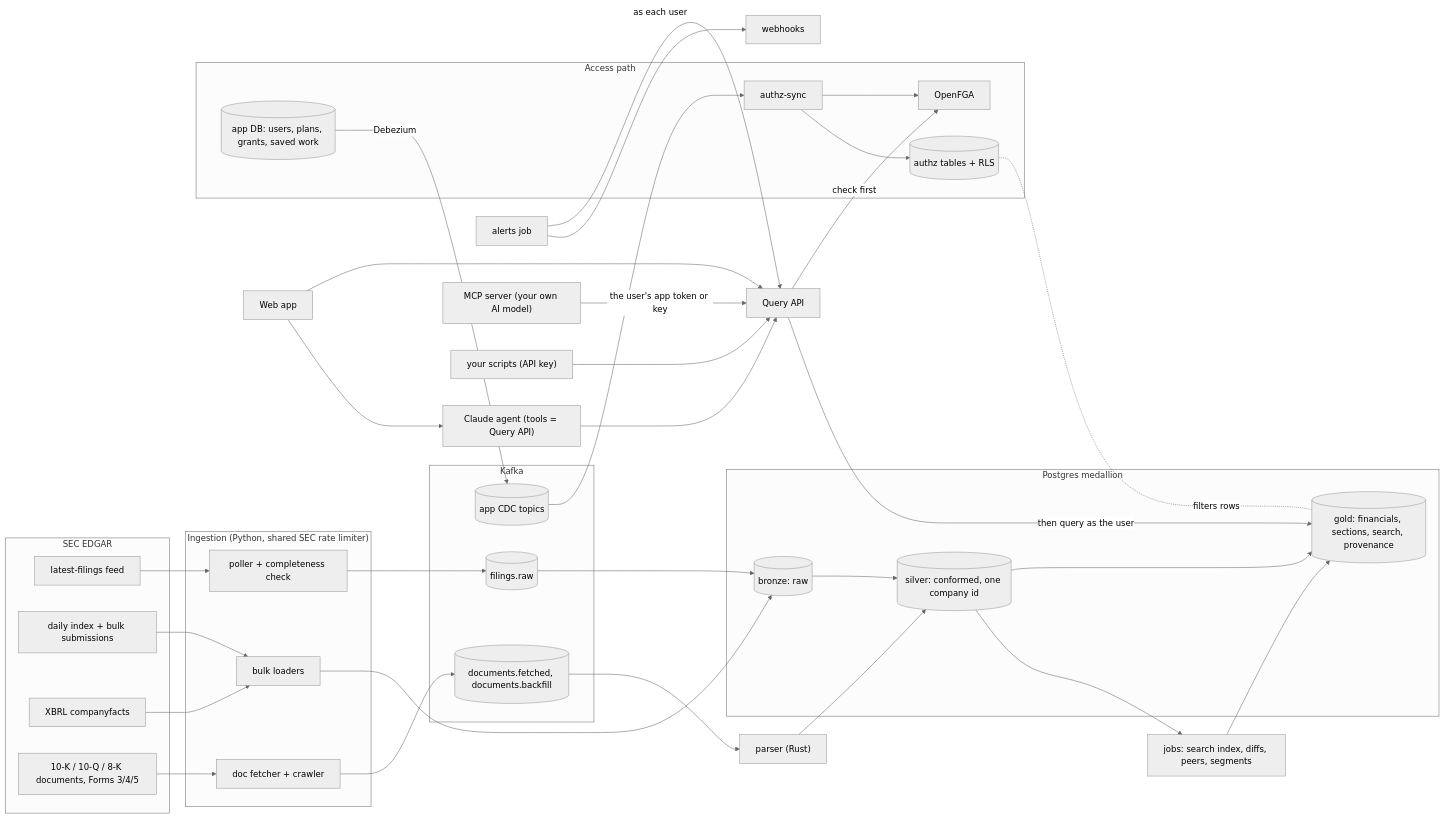
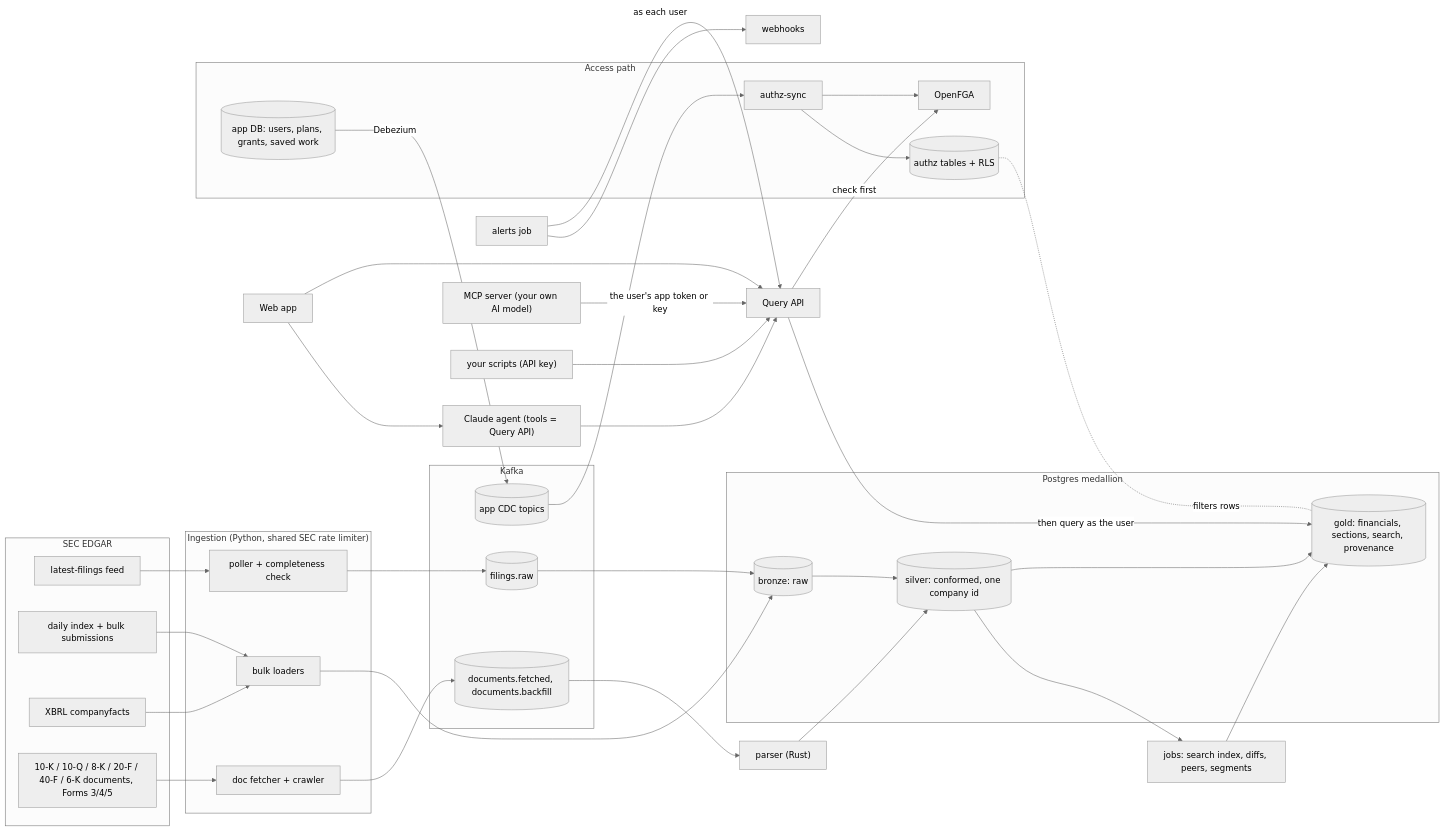
The diagram in README.md (LucasGroves0102/tributary), drawn with Mermaid (neutral theme) before and after one commit. The commit also changed other lines of this file and 34 other files, not shown here.

````diff
--- a/README.md
+++ b/README.md
@@ -124,57 +128,57 @@
 ```mermaid
 flowchart LR
   subgraph SEC["SEC EDGAR"]
     feed[latest-filings feed]
     idx[daily index + bulk submissions]
     xbrl[XBRL companyfacts]
-    docs[10-K / 10-Q / 8-K documents, Forms 3/4/5]
+    docs[10-K / 10-Q / 8-K / 20-F / 40-F / 6-K documents, Forms 3/4/5]
   end
   subgraph ingest["Ingestion (Python, shared SEC rate limiter)"]
     poller[poller + completeness check]
     loaders[bulk loaders]
     fetcher[doc fetcher + crawler]
   end
   subgraph kafka["Kafka"]
     raw[(filings.raw)]
     fetched[(documents.fetched, documents.backfill)]
     cdc[(app CDC topics)]
   end
   parser["parser (Rust)"]
   jobs["jobs: search index, diffs, peers, segments"]
   subgraph pg["Postgres medallion"]
     bronze[(bronze: raw)]
     silver[(silver: conformed, one company id)]
     gold[(gold: financials, sections, search, provenance)]
   end
   subgraph access["Access path"]
     appdb[(app DB: users, plans, grants, saved work)]
     sync[authz-sync]
     fga[OpenFGA]
     rls[(authz tables + RLS)]
   end
   api[Query API]
   alerts[alerts job]
   hooks[webhooks]
   agent["Claude agent (tools = Query API)"]
   web[Web app]
   mcp["MCP server (your own AI model)"]
   scripts["your scripts (API key)"]
 
   feed --> poller --> raw --> bronze
   idx --> loaders --> bronze
   xbrl --> loaders
   docs --> fetcher --> fetched --> parser --> silver
   bronze --> silver --> gold
   silver --> jobs --> gold
   appdb -- Debezium --> cdc --> sync --> fga
   sync --> rls
   web --> api
   web --> agent --> api
   mcp -- the user's app token or key --> api
   scripts --> api
   api -- check first --> fga
   api -- then query as the user --> gold
   rls -. filters rows .- gold
   alerts -- as each user --> api
   alerts --> hooks
 ```
````
